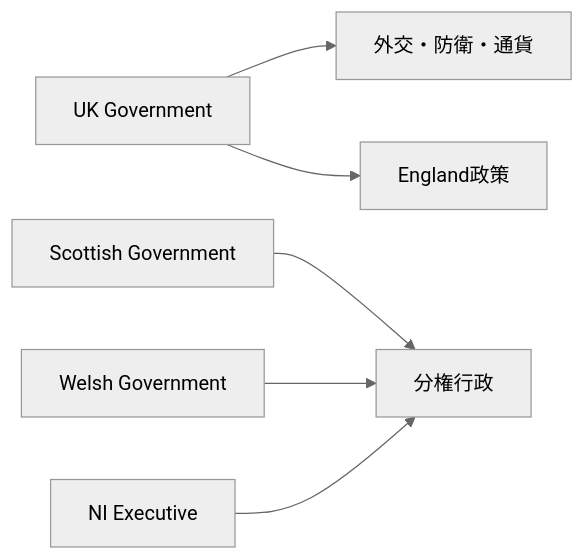
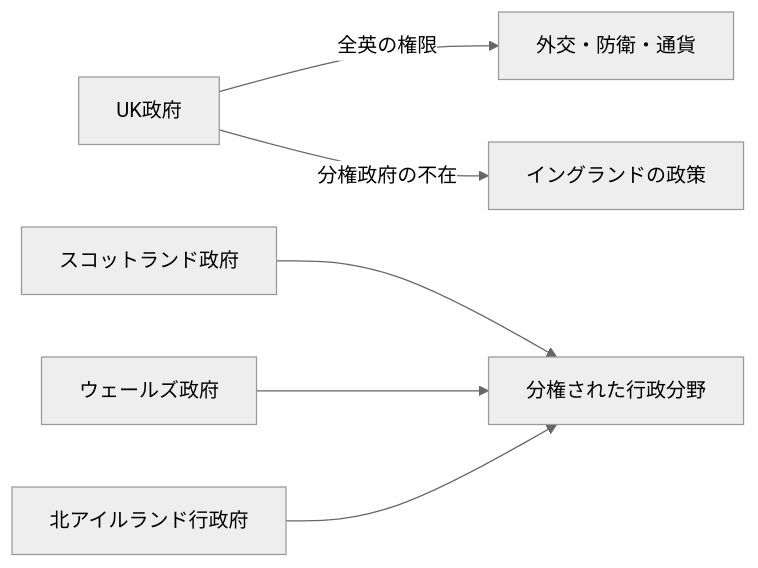
The second of 2 diagrams in articles/report/uk-union-name-neighbours-current/ja/index.mdx (daylight55/research), drawn with Mermaid (neutral theme) before and after one commit. The commit also changed other lines of this file and 181 other files, not shown here.

First line of the commit message:
全記事の図解368点を再生成し、共通注意書きを削除 (#402)

````diff
--- a/articles/report/uk-union-name-neighbours-current/ja/index.mdx
+++ b/articles/report/uk-union-name-neighbours-current/ja/index.mdx
@@ -63,8 +66,17 @@
 ```mermaid
 flowchart LR
-  A["UK Government"] --> B["外交・防衛・通貨"]
-  A --> C["England政策"]
-  D["Scottish Government"] --> E["分権行政"]
-  F["Welsh Government"] --> E
-  G["NI Executive"] --> E
+  accTitle: 英国政府と分権政府の担当を区別する
+  accDescr: 外交・防衛・通貨と、分権された行政分野を分ける。イングランドには同型の分権政府がない。
+  N0["UK政府"]
+  N1["外交・防衛・通貨"]
+  N2["イングランドの政策"]
+  N3["スコットランド政府"]
+  N4["ウェールズ政府"]
+  N5["北アイルランド行政府"]
+  N6["分権された行政分野"]
+  N0 -->|全英の権限| N1
+  N0 -->|分権政府の不在| N2
+  N3 --> N6
+  N4 --> N6
+  N5 --> N6
 ```
````
